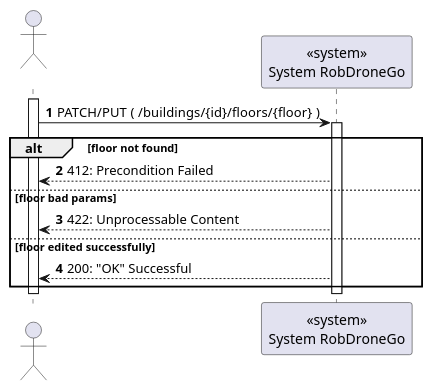
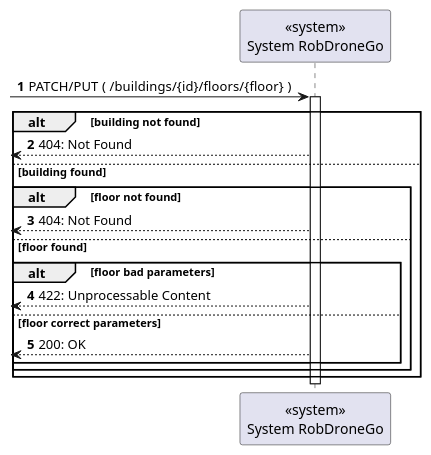
One commit to Departamento-de-Engenharia-Informatica/lapr5-23-24-g19 changed the diagram in docs/us200/level1/process-view.puml. Above: the diagram before and after it, drawn with PlantUML. The commit also changed 1 other file, not shown here.

```diff
--- a/docs/us200/level1/process-view.puml
+++ b/docs/us200/level1/process-view.puml
@@ -1,22 +1,23 @@
 @startuml
 autonumber
 
-actor " " as actor
 participant "<<system>>\nSystem RobDroneGo" as sys
 
-activate actor
-    actor -> sys: PATCH/PUT  ( /buildings/{id}/floors/{floor} )
-    activate sys
-
-    alt  floor not found
-    sys --> actor : 412: Precondition Failed
-        else floor bad params
-        sys --> actor : 422: Unprocessable Content
-    else floor edited successfully
-        sys --> actor : 200: "OK" Successful
+[-> sys: PATCH/PUT  ( /buildings/{id}/floors/{floor} )
+activate sys
+    alt  building not found
+            [<-- sys : 404: Not Found
+        else building found
+            alt floor not found
+                [<-- sys : 404: Not Found
+            else floor found
+                alt floor bad parameters
+                    [<-- sys : 422: Unprocessable Content
+                else floor correct parameters
+                    [<-- sys : 200: OK
+            end
+        end
     end
-
-    deactivate sys
-deactivate actor
+deactivate sys
 
 @enduml
```
